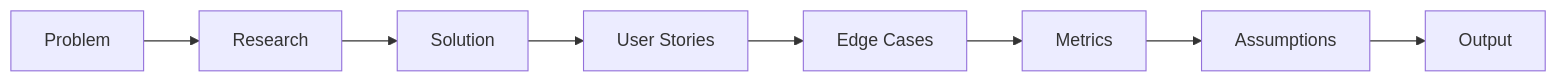
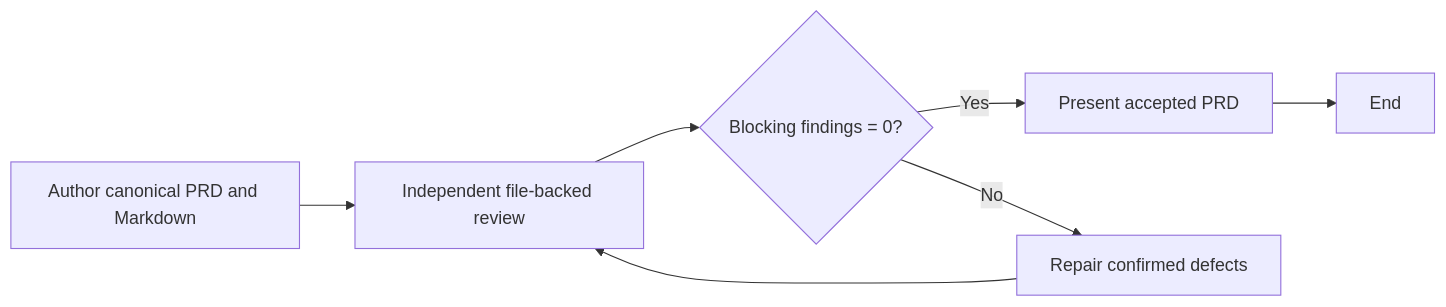
One commit to moira-mcp/moira changed the diagram in packages/docs/src/content/docs/docs/reference/workflows/prd-creation.mdx. Above: the diagram before and after it, drawn with Mermaid. The commit also changed other lines of this file and 72 other files, not shown here.

````diff
--- a/packages/docs/src/content/docs/docs/reference/workflows/prd-creation.mdx
+++ b/packages/docs/src/content/docs/docs/reference/workflows/prd-creation.mdx
@@ -18,10 +64,9 @@
 ```mermaid
 flowchart LR
-    A[Problem] --> B[Research]
-    B --> C[Solution]
-    C --> D[User Stories]
-    D --> E[Edge Cases]
-    E --> F[Metrics]
-    F --> G[Assumptions]
-    G --> H[Output]
+    A[Author canonical PRD and Markdown] --> B[Independent file-backed review]
+    B --> C{Blocking findings = 0?}
+    C -- Yes --> D[Present accepted PRD]
+    D --> E[End]
+    C -- No --> F[Repair confirmed defects]
+    F --> B
 ```
````
